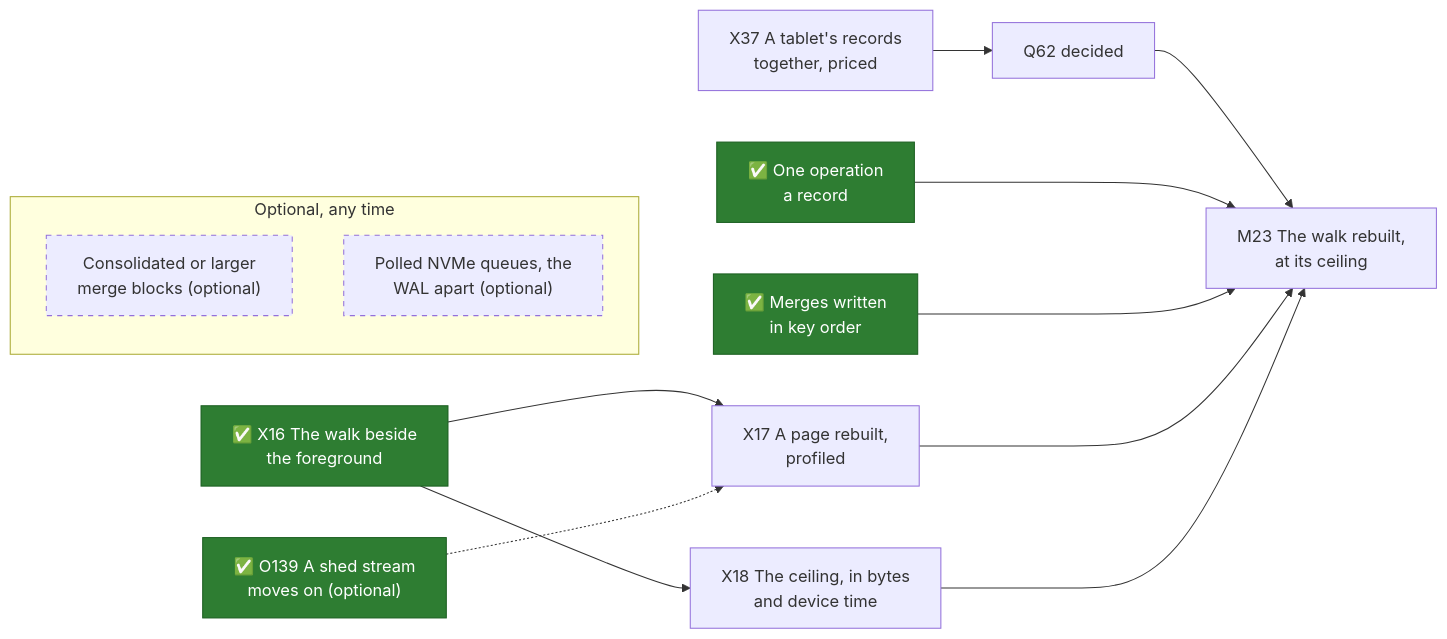
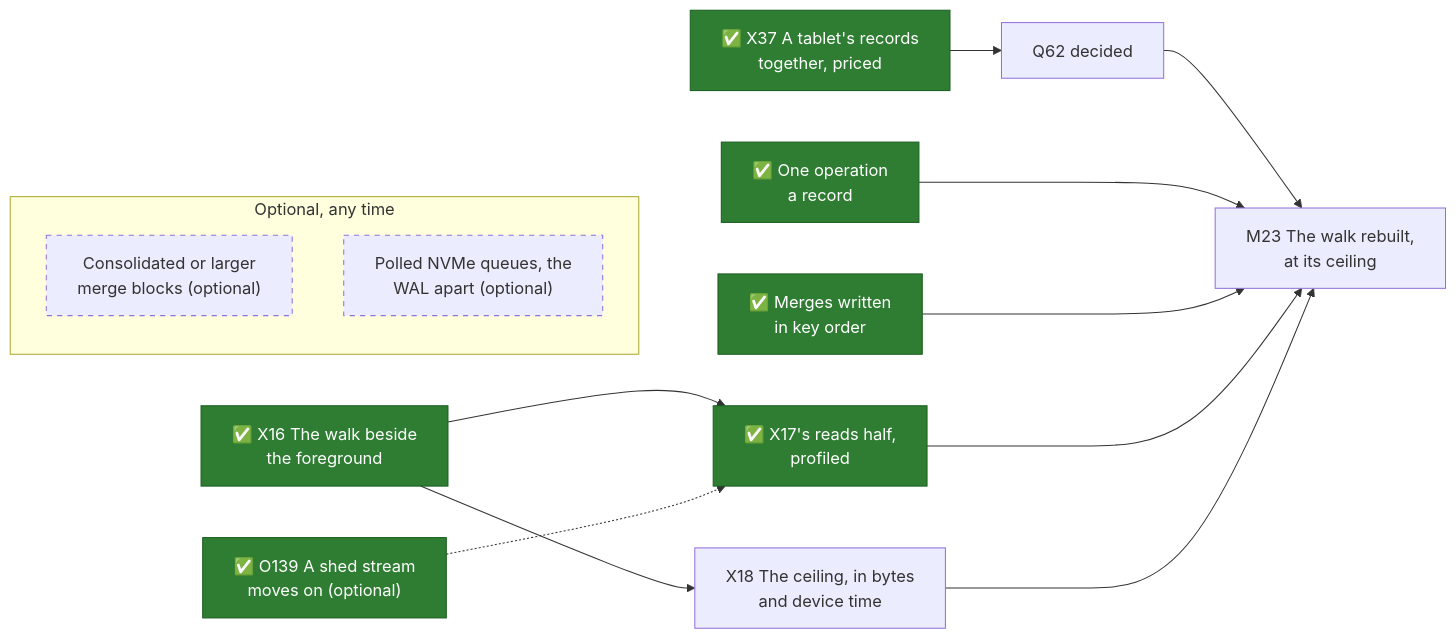
One commit to mjcarson/shoal changed the diagram in docs/src/future-work/scans/scan-speed.md. Above: the diagram before and after it, drawn with Mermaid. The commit also changed other lines of this file and 205 other files, not shown here.

````diff
--- a/docs/src/future-work/scans/scan-speed.md
+++ b/docs/src/future-work/scans/scan-speed.md
@@ -351,27 +370,27 @@
 ```mermaid
 flowchart LR
     classDef done fill:#2e7d32,stroke:#1b5e20,color:#ffffff
     classDef optional stroke-dasharray: 5 5
     X16["✅ X16 The walk beside<br>the foreground"]:::done
     Shed["✅ O139 A shed stream<br>moves on (optional)"]:::done
     Read1["✅ One operation<br>a record"]:::done
     Sorted["✅ Merges written<br>in key order"]:::done
-    X37["X37 A tablet's records<br>together, priced"]
-    X17["X17 A page rebuilt,<br>profiled"]
+    X37["✅ X37 A tablet's records<br>together, priced"]:::done
+    X17["✅ X17's reads half,<br>profiled"]:::done
     X18["X18 The ceiling, in bytes<br>and device time"]
     Q62["Q62 decided"]
     M23["M23 The walk rebuilt,<br>at its ceiling"]
     X16 --> X17
     X16 --> X18
     Shed -.-> X17
     X37 --> Q62 --> M23
     Read1 ---> M23
     Sorted ---> M23
     X17 ---> M23
     X18 ---> M23
     subgraph anytime["Optional, any time"]
         direction TB
         Blocks["Consolidated or larger<br>merge blocks (optional)"]:::optional
         Host["Polled NVMe queues, the<br>WAL apart (optional)"]:::optional
     end
 ```
````
